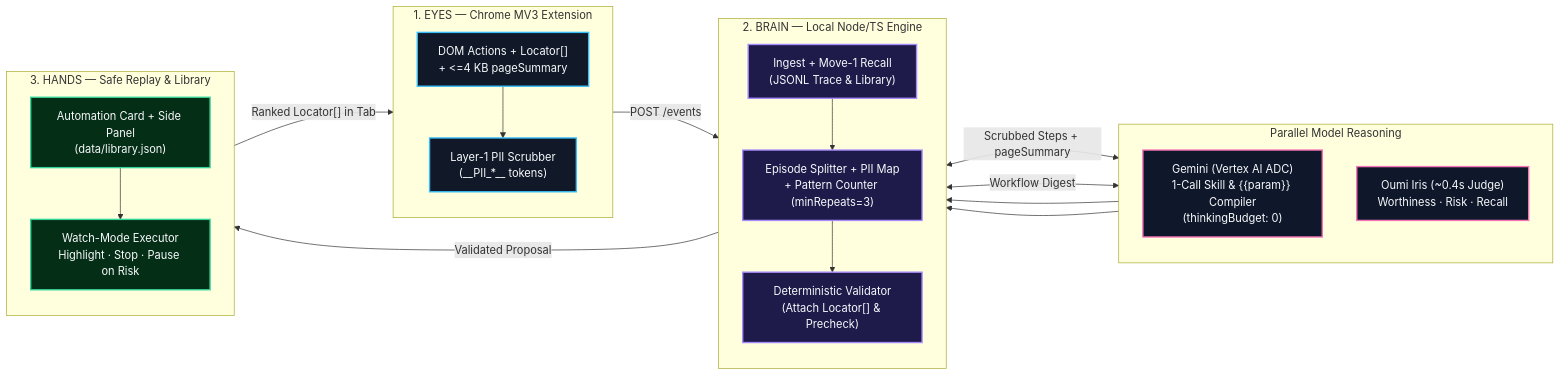
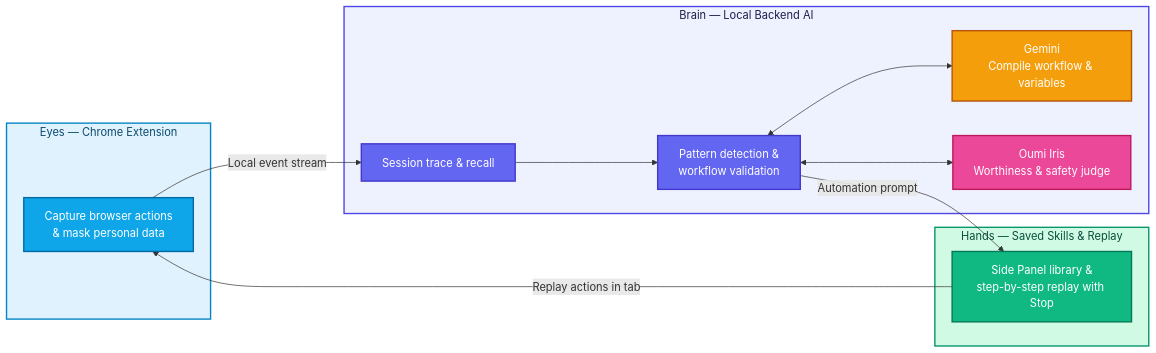
Before and after one commit to VasileiosBardakis/GEN_AI_SUMMIT_2026: the diagram in README.md, drawn with Mermaid. The commit also changed other lines of this file, not shown here.

````diff
--- a/README.md
+++ b/README.md
@@ -33,43 +22,34 @@
 ```mermaid
 flowchart LR
-    classDef eyes fill:#111827,stroke:#38bdf8,stroke-width:2px,color:#f8fafc
-    classDef brain fill:#1e1b4b,stroke:#a78bfa,stroke-width:2px,color:#f8fafc
-    classDef model fill:#0f172a,stroke:#f472b6,stroke-width:2px,color:#f8fafc
-    classDef hands fill:#052e16,stroke:#34d399,stroke-width:2px,color:#f8fafc
+    classDef eyes fill:#0ea5e9,stroke:#0369a1,stroke-width:2px,color:#ffffff
+    classDef brain fill:#6366f1,stroke:#4338ca,stroke-width:2px,color:#ffffff
+    classDef gemini fill:#f59e0b,stroke:#b45309,stroke-width:2px,color:#ffffff
+    classDef iris fill:#ec4899,stroke:#be185d,stroke-width:2px,color:#ffffff
+    classDef hands fill:#10b981,stroke:#047857,stroke-width:2px,color:#ffffff
 
-    subgraph EYES["1. EYES — Chrome MV3 Extension"]
-        direction TB
-        E1["DOM Actions + Locator[]<br/>+ <=4 KB pageSummary"]:::eyes
-        E2["Layer-1 PII Scrubber<br/>(__PII_*__ tokens)"]:::eyes
-        E1 --> E2
+    subgraph S1["Eyes — Chrome Extension"]
+        E["Capture browser actions<br/>& mask personal data"]:::eyes
     end
 
-    subgraph BRAIN["2. BRAIN — Local Node/TS Engine"]
-        direction TB
-        B1["Ingest + Move-1 Recall<br/>(JSONL Trace & Library)"]:::brain
-        B2["Episode Splitter + PII Map<br/>+ Pattern Counter (minRepeats=3)"]:::brain
-        B3["Deterministic Validator<br/>(Attach Locator[] & Precheck)"]:::brain
-        B1 --> B2 --> B3
+    subgraph S2["Brain — Local Backend AI"]
+        B1["Session trace & recall"]:::brain
+        B2["Pattern detection &<br/>workflow validation"]:::brain
+        M1["Gemini<br/>Compile workflow & variables"]:::gemini
+        M2["Oumi Iris<br/>Worthiness & safety judge"]:::iris
+        B1 --> B2
+        B2 <--> M1
+        B2 <--> M2
     end
 
-    subgraph AI["Parallel Model Reasoning"]
-        direction TB
-        M1["Gemini (Vertex AI ADC)<br/>1-Call Skill & {{param}} Compiler<br/>(thinkingBudget: 0)"]:::model
-        M2["Oumi Iris (~0.4s Judge)<br/>Worthiness · Risk · Recall"]:::model
+    subgraph S3["Hands — Saved Skills & Replay"]
+        H["Side Panel library &<br/>step-by-step replay with Stop"]:::hands
     end
 
-    subgraph HANDS["3. HANDS — Safe Replay & Library"]
-        direction TB
-        H1["Automation Card + Side Panel<br/>(data/library.json)"]:::hands
-        H2["Watch-Mode Executor<br/>Highlight · Stop · Pause on Risk"]:::hands
-        H1 --> H2
-    end
+    E -->|Local event stream| B1
+    B2 -->|Automation prompt| H
+    H -->|Replay actions in tab| E
 
-    E2 -->|"POST /events"| B1
-    B2 <-->|"Scrubbed Steps + pageSummary"| M1
-    B2 <-->|"Workflow Digest"| M2
-    M1 --> B3
-    M2 --> B3
-    B3 -->|"Validated Proposal"| H1
-    H2 -->|"Ranked Locator[] in Tab"| E1
+    style S1 fill:#e0f2fe,stroke:#0284c7,stroke-width:2px,color:#0c4a6e
+    style S2 fill:#eef2ff,stroke:#4f46e5,stroke-width:2px,color:#1e1b4b
+    style S3 fill:#d1fae5,stroke:#059669,stroke-width:2px,color:#064e3b
 ```
````
